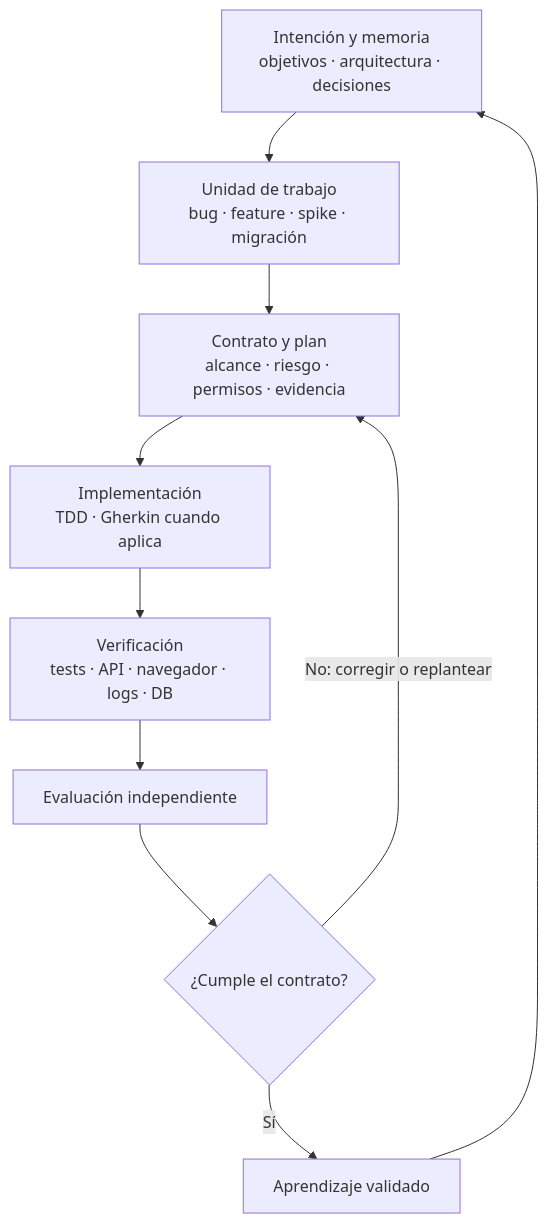
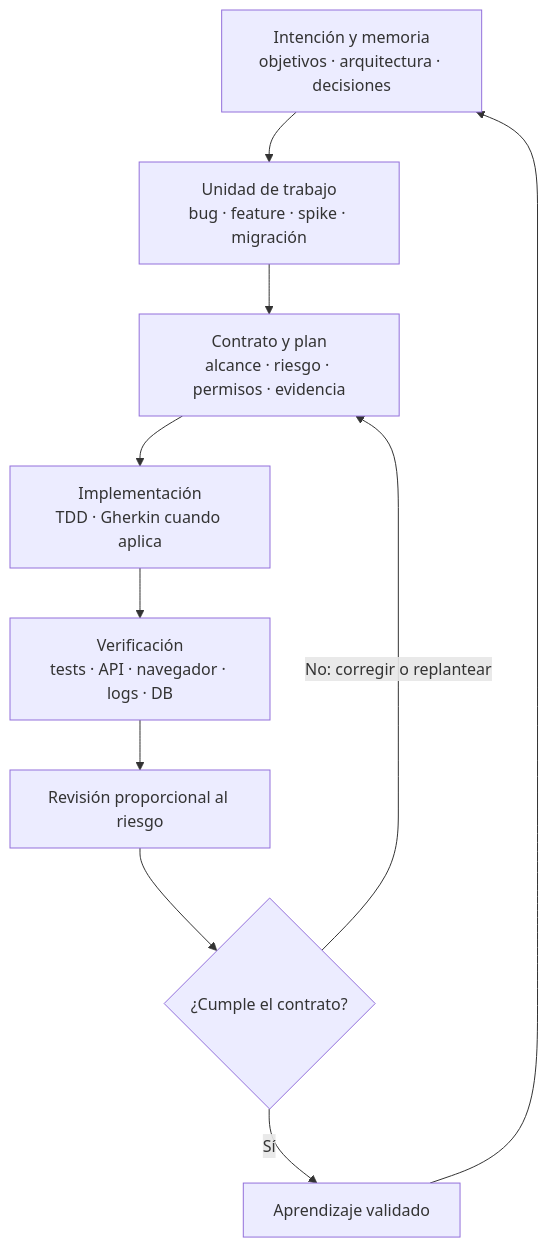
Before and after one commit to HeberYesid/investment-tracker: the first of 3 diagrams in docs/agentic-engineering-loop.md, drawn with Mermaid. The commit also changed other lines of this file and 3 other files, not shown here.

````diff
--- a/docs/agentic-engineering-loop.md
+++ b/docs/agentic-engineering-loop.md
@@ -13,14 +13,14 @@
 ```mermaid
 flowchart TD
     A["Intención y memoria<br/>objetivos · arquitectura · decisiones"]
     B["Unidad de trabajo<br/>bug · feature · spike · migración"]
     C["Contrato y plan<br/>alcance · riesgo · permisos · evidencia"]
     D["Implementación<br/>TDD · Gherkin cuando aplica"]
     E["Verificación<br/>tests · API · navegador · logs · DB"]
-    F["Evaluación independiente"]
+    F["Revisión proporcional al riesgo"]
     G{"¿Cumple el contrato?"}
     H["Aprendizaje validado"]
     A --> B --> C --> D --> E --> F --> G
     G -- "No: corregir o replantear" --> C
     G -- "Sí" --> H --> A
 ```
````
